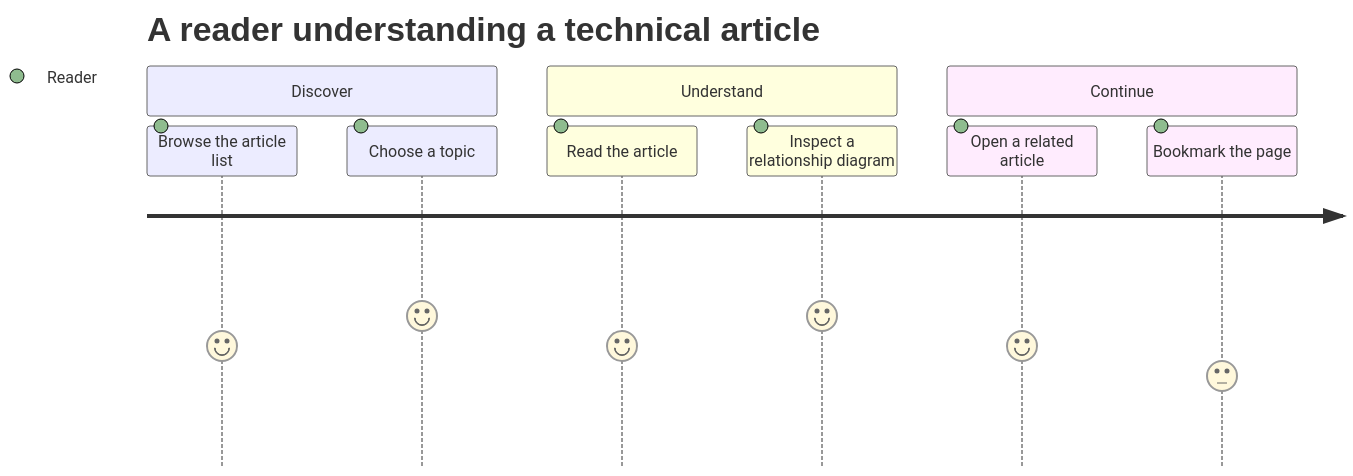
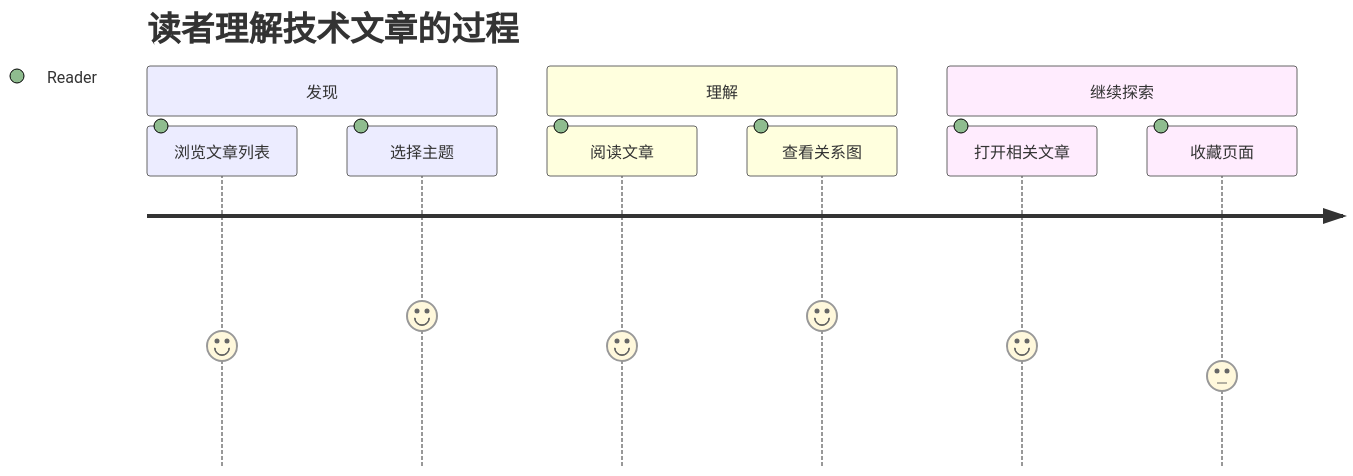
One commit to TTStudio336/tncloud.fun changed diagram 11 of 14 in src/content/posts/markdown-mermaid.md. Above: the diagram before and after it, drawn with Mermaid. The commit also changed other lines of this file and 43 other files, not shown here.

````diff
--- a/src/content/posts/markdown-mermaid.md
+++ b/src/content/posts/markdown-mermaid.md
@@ -227,15 +227,15 @@
 ```mermaid
 journey
-    accTitle: A reader understanding a technical article
-    accDescr: The reader discovers an article, combines prose with diagrams to understand it, and then explores related topics.
-    title A reader understanding a technical article
-    section Discover
-      Browse the article list: 4: Reader
-      Choose a topic: 5: Reader
-    section Understand
-      Read the article: 4: Reader
-      Inspect a relationship diagram: 5: Reader
-    section Continue
-      Open a related article: 4: Reader
-      Bookmark the page: 3: Reader
+    accTitle: 读者理解技术文章的过程
+    accDescr: 读者发现一篇文章，通过结合正文和图表理解内容，然后继续探索相关主题。
+    title 读者理解技术文章的过程
+    section 发现
+      浏览文章列表: 4: Reader
+      选择主题: 5: Reader
+    section 理解
+      阅读文章: 4: Reader
+      查看关系图: 5: Reader
+    section 继续探索
+      打开相关文章: 4: Reader
+      收藏页面: 3: Reader
 ```
````
